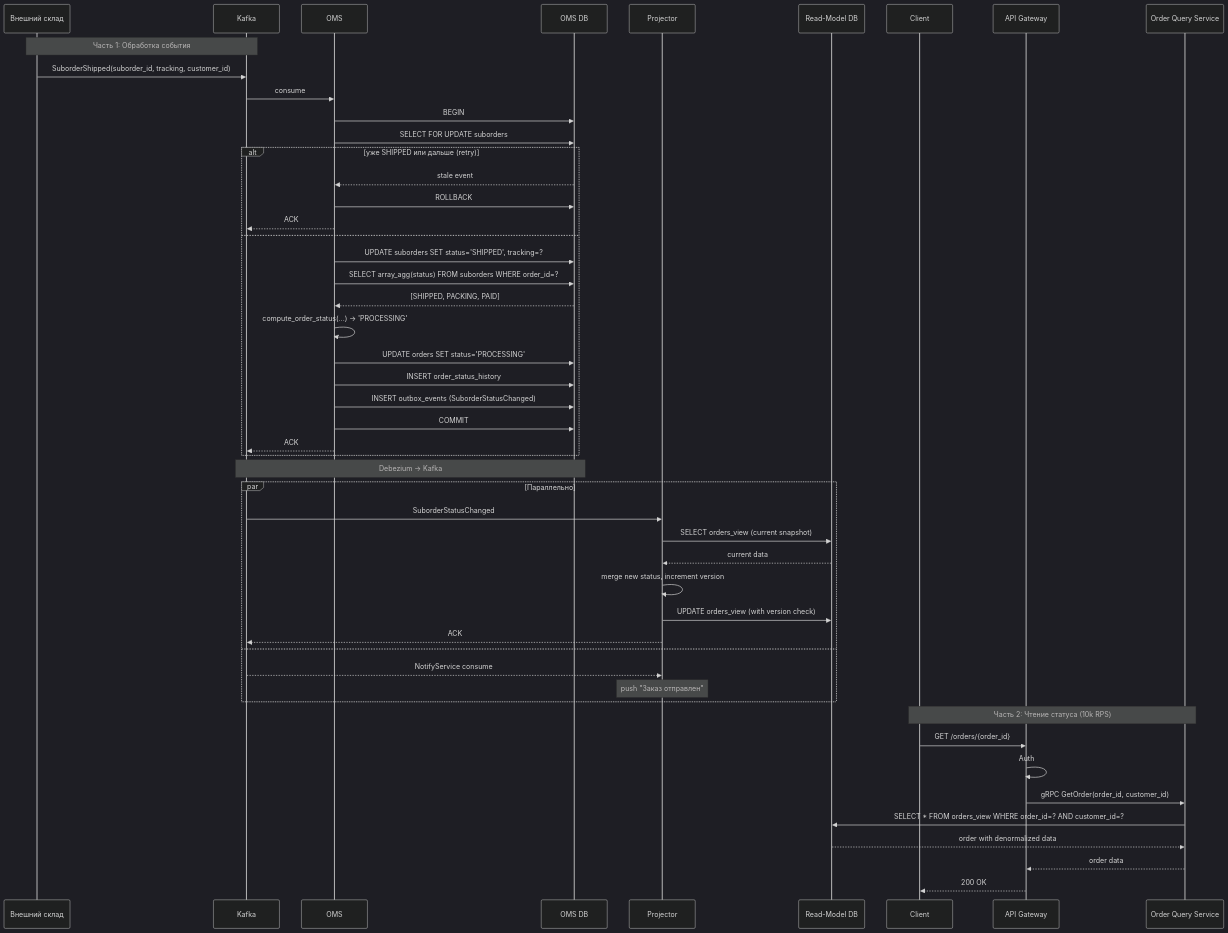
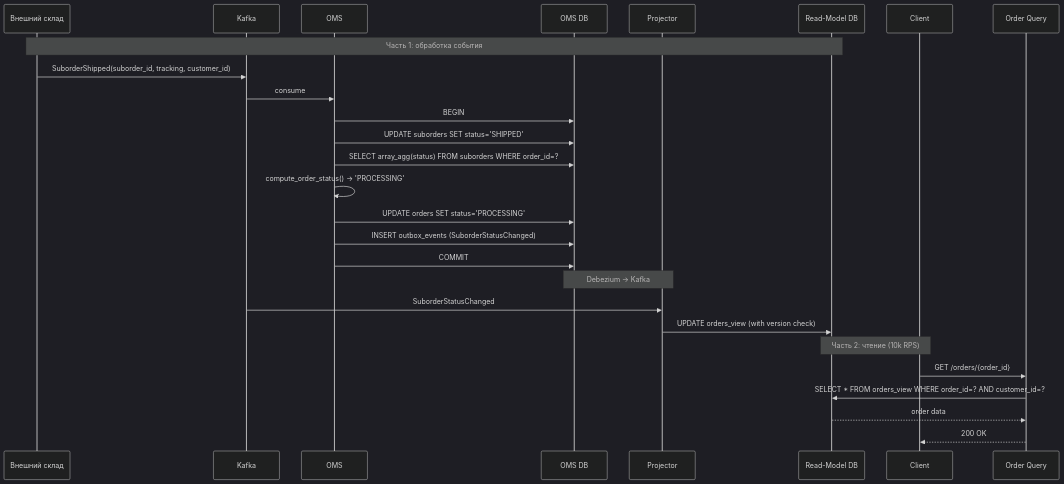
Before and after one commit to Unbiscuit/dev_sol: the ninth of 9 diagrams in marketplace-order-solution.md, drawn with Mermaid (dark theme). The commit also changed other lines of this file, not shown here.

````diff
--- a/marketplace-order-solution.md
+++ b/marketplace-order-solution.md
@@ -830,57 +651,32 @@
 ```mermaid
 sequenceDiagram
     participant Warehouse as Внешний склад
     participant Kafka
     participant OMS
     participant OMSDB as OMS DB
     participant Projector
     participant ReadDB as Read-Model DB
     participant Client
-    participant Gateway as API Gateway
-    participant QueryAPI as Order Query Service
+    participant QueryAPI as Order Query
 
-    Note over Warehouse, Kafka: Часть 1: Обработка события
+    Note over Warehouse, ReadDB: Часть 1: обработка события
     Warehouse->>Kafka: SuborderShipped(suborder_id, tracking, customer_id)
-
     Kafka->>OMS: consume
     OMS->>OMSDB: BEGIN
-    OMS->>OMSDB: SELECT FOR UPDATE suborders
-    alt уже SHIPPED или дальше (retry)
-        OMSDB-->>OMS: stale event
-        OMS->>OMSDB: ROLLBACK
-        OMS-->>Kafka: ACK
-    else
-        OMS->>OMSDB: UPDATE suborders SET status='SHIPPED', tracking=?
-        OMS->>OMSDB: SELECT array_agg(status) FROM suborders WHERE order_id=?
-        OMSDB-->>OMS: [SHIPPED, PACKING, PAID]
-        OMS->>OMS: compute_order_status(...) → 'PROCESSING'
-        OMS->>OMSDB: UPDATE orders SET status='PROCESSING'
-        OMS->>OMSDB: INSERT order_status_history
-        OMS->>OMSDB: INSERT outbox_events (SuborderStatusChanged)
-        OMS->>OMSDB: COMMIT
-        OMS-->>Kafka: ACK
-    end
+    OMS->>OMSDB: UPDATE suborders SET status='SHIPPED'
+    OMS->>OMSDB: SELECT array_agg(status) FROM suborders WHERE order_id=?
+    OMS->>OMS: compute_order_status() → 'PROCESSING'
+    OMS->>OMSDB: UPDATE orders SET status='PROCESSING'
+    OMS->>OMSDB: INSERT outbox_events (SuborderStatusChanged)
+    OMS->>OMSDB: COMMIT
 
-    Note over OMSDB, Kafka: Debezium → Kafka
+    Note over OMSDB, Projector: Debezium → Kafka
+    Kafka->>Projector: SuborderStatusChanged
+    Projector->>ReadDB: UPDATE orders_view (with version check)
 
-    par Параллельно
-        Kafka->>Projector: SuborderStatusChanged
-        Projector->>ReadDB: SELECT orders_view (current snapshot)
-        ReadDB-->>Projector: current data
-        Projector->>Projector: merge new status, increment version
-        Projector->>ReadDB: UPDATE orders_view (with version check)
-        Projector-->>Kafka: ACK
-    and
-        Kafka-->>Projector: NotifyService consume
-        Note over Projector: push "Заказ отправлен"
-    end
-
-    Note over Client, QueryAPI: Часть 2: Чтение статуса (10k RPS)
-    Client->>Gateway: GET /orders/{order_id}
-    Gateway->>Gateway: Auth
-    Gateway->>QueryAPI: gRPC GetOrder(order_id, customer_id)
+    Note over Client, ReadDB: Часть 2: чтение (10k RPS)
+    Client->>QueryAPI: GET /orders/{order_id}
     QueryAPI->>ReadDB: SELECT * FROM orders_view WHERE order_id=? AND customer_id=?
-    ReadDB-->>QueryAPI: order with denormalized data
-    QueryAPI-->>Gateway: order data
-    Gateway-->>Client: 200 OK
+    ReadDB-->>QueryAPI: order data
+    QueryAPI-->>Client: 200 OK
 ```
````
